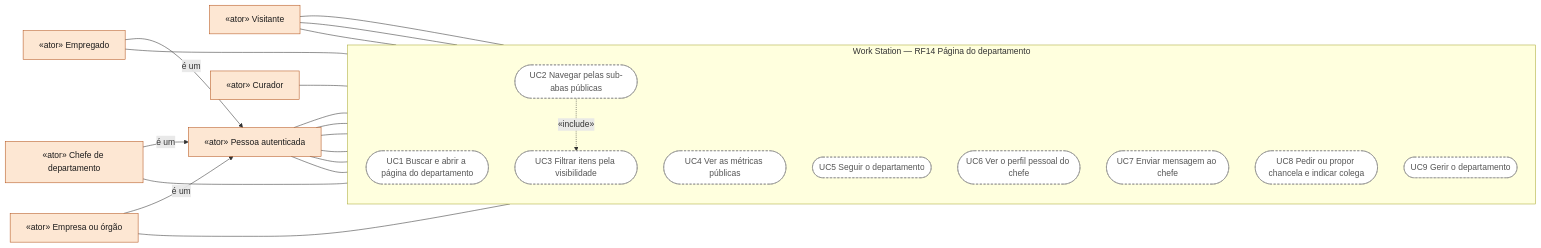
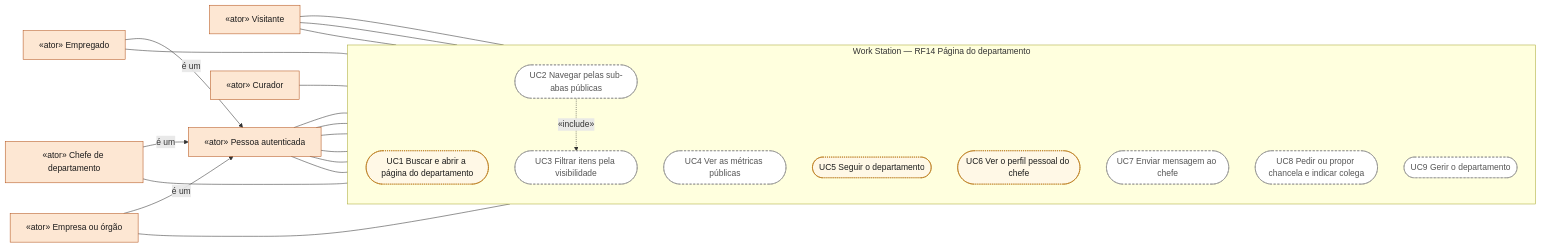
One commit to MatheusHaliski/Decia-app-2026 changed the first of 6 diagrams in docs/diagramas/RF14/README.md. Above: the diagram before and after it, drawn with Mermaid. The commit also changed 13 other files, not shown here.

First line of the commit message:
docs(diagramas): classe ucDemo para casos de uso que só funcionam com dados de demonstração

````diff
--- a/docs/diagramas/RF14/README.md
+++ b/docs/diagramas/RF14/README.md
@@ -26,42 +26,43 @@
 ```mermaid
 flowchart LR
   classDef ator fill:#fde7d3,stroke:#b4531a,color:#1b1b1b
   classDef atorSis fill:#f1ecf9,stroke:#6a4bb3,color:#1b1b1b
   classDef uc fill:#ffffff,stroke:#3557a6,color:#1b1b1b
   classDef ucPlan fill:#ffffff,stroke:#8a8a8a,stroke-dasharray:4 3,color:#555555
+  classDef ucDemo fill:#fff8e6,stroke:#b26a00,stroke-dasharray:2 2,color:#1b1b1b
   visitante["«ator» Visitante"]:::ator
   autenticado["«ator» Pessoa autenticada"]:::ator
   empregado["«ator» Empregado"]:::ator
   chefe["«ator» Chefe de departamento"]:::ator
   empresa["«ator» Empresa ou órgão"]:::ator
   curador["«ator» Curador"]:::ator
   subgraph SIS["Work Station — RF14 Página do departamento"]
     direction TB
-    UC1(["UC1 Buscar e abrir a página do departamento"]):::ucPlan
+    UC1(["UC1 Buscar e abrir a página do departamento"]):::ucDemo
     UC2(["UC2 Navegar pelas sub-abas públicas"]):::ucPlan
     UC3(["UC3 Filtrar itens pela visibilidade"]):::ucPlan
     UC4(["UC4 Ver as métricas públicas"]):::ucPlan
-    UC5(["UC5 Seguir o departamento"]):::ucPlan
-    UC6(["UC6 Ver o perfil pessoal do chefe"]):::ucPlan
+    UC5(["UC5 Seguir o departamento"]):::ucDemo
+    UC6(["UC6 Ver o perfil pessoal do chefe"]):::ucDemo
     UC7(["UC7 Enviar mensagem ao chefe"]):::ucPlan
     UC8(["UC8 Pedir ou propor chancela e indicar colega"]):::ucPlan
     UC9(["UC9 Gerir o departamento"]):::ucPlan
   end
   empregado -- "é um" --> autenticado
   chefe -- "é um" --> autenticado
   empresa -- "é um" --> autenticado
   visitante --- UC1
   visitante --- UC2
   visitante --- UC4
   autenticado --- UC1
   autenticado --- UC2
   autenticado --- UC4
   autenticado --- UC5
   autenticado --- UC6
   autenticado --- UC7
   empregado --- UC8
   chefe --- UC9
   empresa --- UC9
   curador --- UC9
   UC2 -. "«include»" .-> UC3
 ```
````
